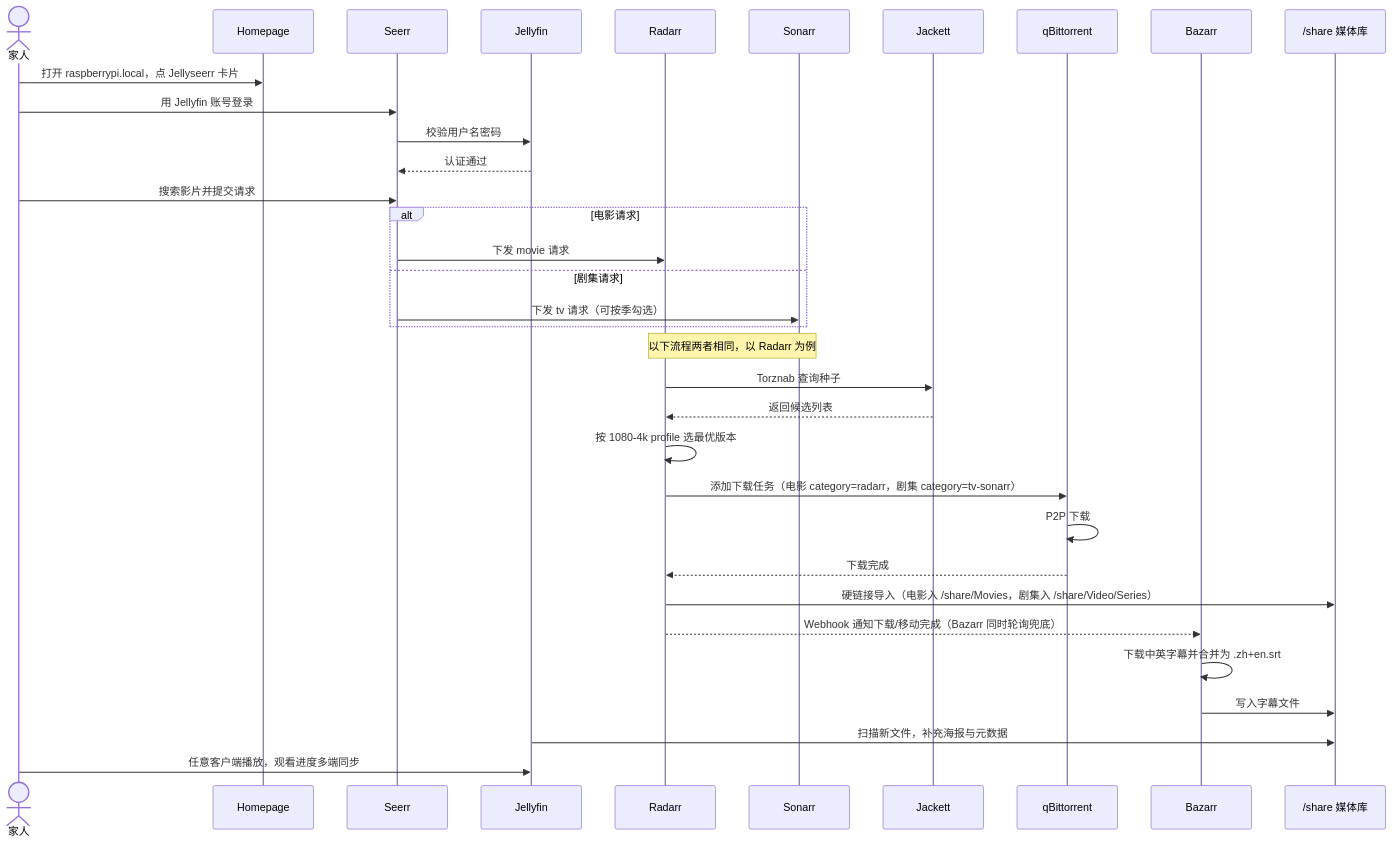
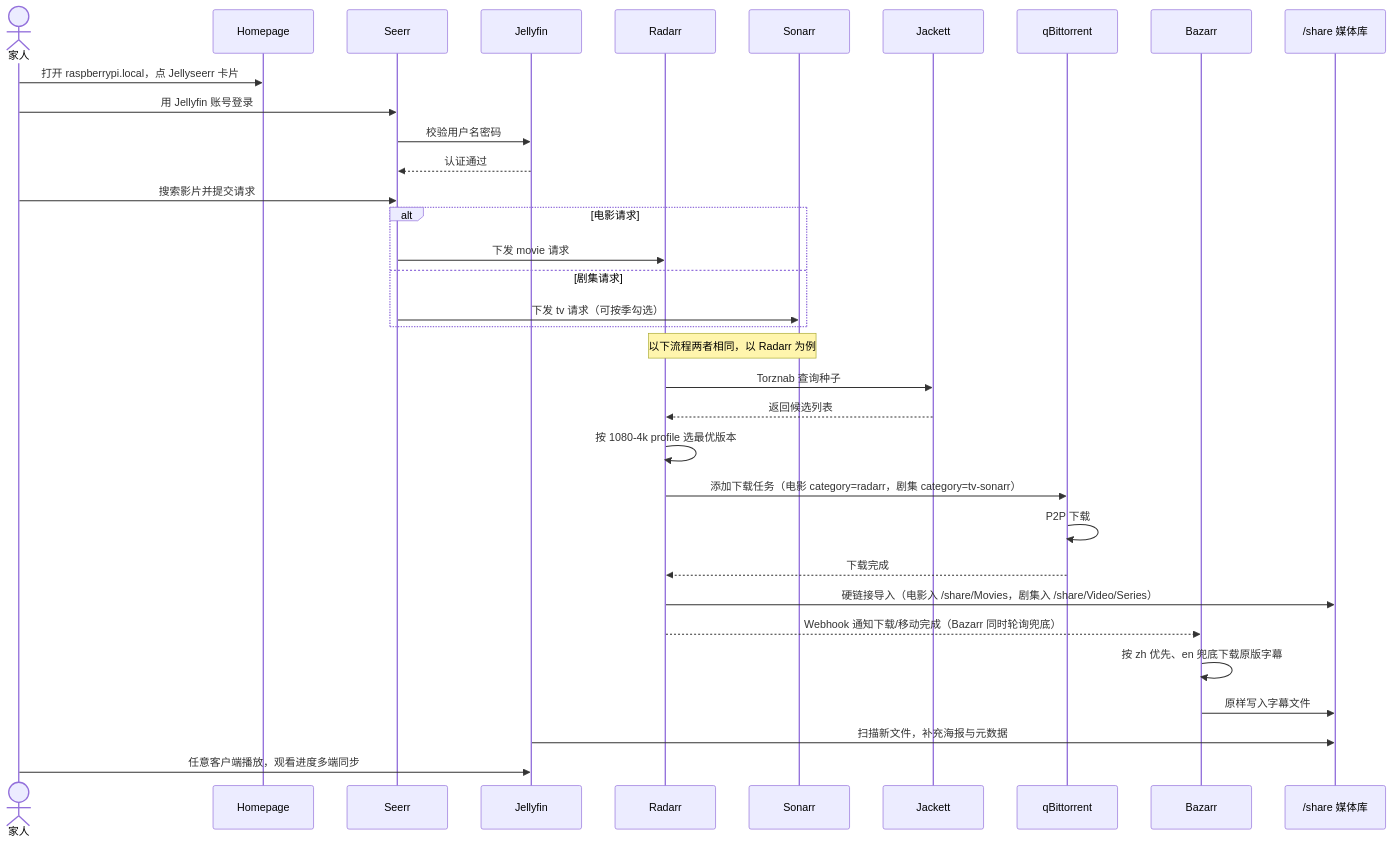
The third of 9 diagrams in _life/2026-07-20-raspberry-pi-homelab-mediacenter-and-entry.md (puppylpg/puppylpg.github.io), drawn with Mermaid before and after one commit. The commit also changed other lines of this file and 2 other files, not shown here.

````diff
--- a/_life/2026-07-20-raspberry-pi-homelab-mediacenter-and-entry.md
+++ b/_life/2026-07-20-raspberry-pi-homelab-mediacenter-and-entry.md
@@ -278,37 +280,37 @@
 ```mermaid
 sequenceDiagram
     actor U as 家人
     participant H as Homepage
     participant SE as Seerr
     participant JF as Jellyfin
     participant R as Radarr
     participant SO as Sonarr
     participant J as Jackett
     participant Q as qBittorrent
     participant B as Bazarr
     participant S as /share 媒体库
 
     U->>H: 打开 raspberrypi.local，点 Jellyseerr 卡片
     U->>SE: 用 Jellyfin 账号登录
     SE->>JF: 校验用户名密码
     JF-->>SE: 认证通过
     U->>SE: 搜索影片并提交请求
     alt 电影请求
         SE->>R: 下发 movie 请求
     else 剧集请求
         SE->>SO: 下发 tv 请求（可按季勾选）
     end
     Note over R,SO: 以下流程两者相同，以 Radarr 为例
     R->>J: Torznab 查询种子
     J-->>R: 返回候选列表
     R->>R: 按 1080-4k profile 选最优版本
     R->>Q: 添加下载任务（电影 category=radarr，剧集 category=tv-sonarr）
     Q->>Q: P2P 下载
     Q-->>R: 下载完成
     R->>S: 硬链接导入（电影入 /share/Movies，剧集入 /share/Video/Series）
     R-->>B: Webhook 通知下载/移动完成（Bazarr 同时轮询兜底）
-    B->>B: 下载中英字幕并合并为 .zh+en.srt
-    B->>S: 写入字幕文件
+    B->>B: 按 zh 优先、en 兜底下载原版字幕
+    B->>S: 原样写入字幕文件
     JF->>S: 扫描新文件，补充海报与元数据
     U->>JF: 任意客户端播放，观看进度多端同步
 ```
````
